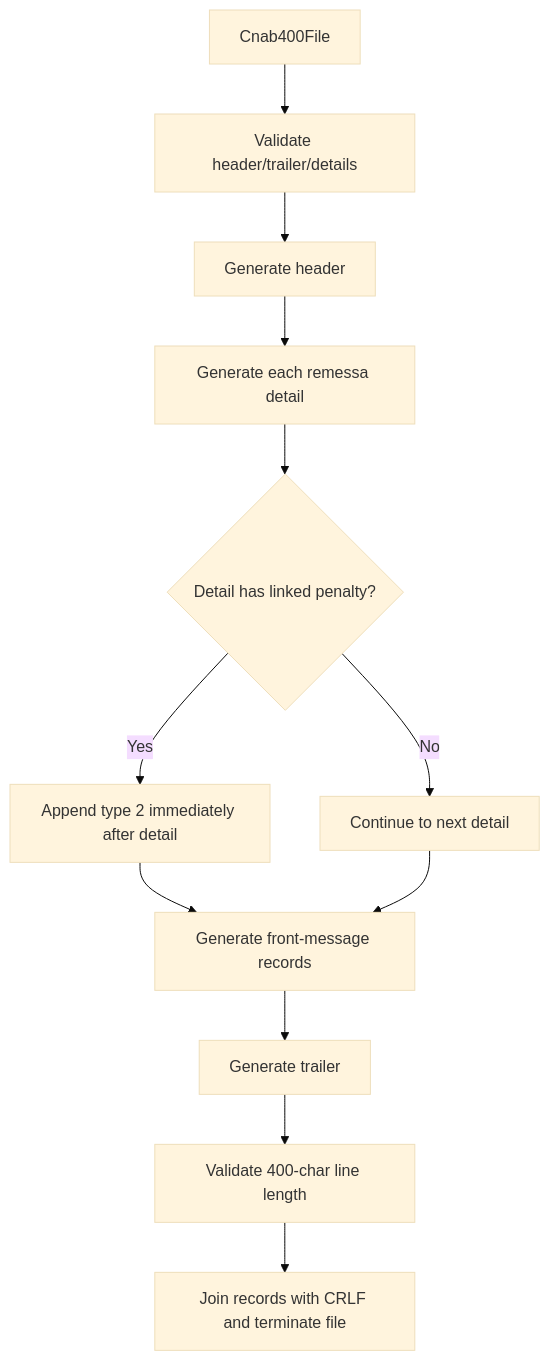
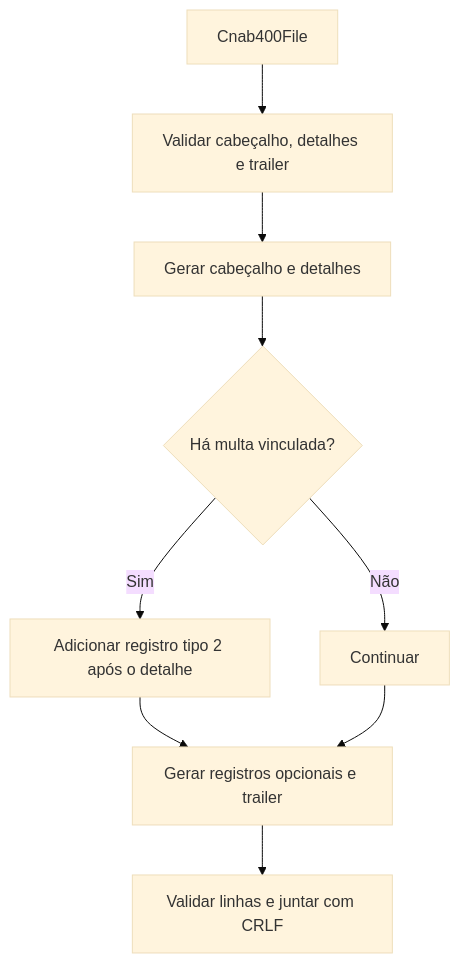
Before and after one commit to linkiez/BoletoSDK: the diagram in src/generators/cnab400/Cnab400Generator.doc.md, drawn with Mermaid (base theme). The commit also changed other lines of this file and 15 other files, not shown here.

Commit message:
fix(cnab400): corrigir layout de remessa itaú

````diff
--- a/src/generators/cnab400/Cnab400Generator.doc.md
+++ b/src/generators/cnab400/Cnab400Generator.doc.md
@@ -29,14 +29,11 @@
 ```mermaid
 flowchart TD
-  A[Cnab400File] --> B[Validate header/trailer/details]
-  B --> C[Generate header]
-  C --> D[Generate each remessa detail]
-  D --> E{Detail has linked penalty?}
-  E -->|Yes| F[Append type 2 immediately after detail]
-  E -->|No| G[Continue to next detail]
-  F --> H[Generate front-message records]
-  G --> H
-  H --> I[Generate trailer]
-  I --> J[Validate 400-char line length]
-  J --> K[Join records with CRLF and terminate file]
+  A[Cnab400File] --> B[Validar cabeçalho, detalhes e trailer]
+  B --> C[Gerar cabeçalho e detalhes]
+  C --> D{Há multa vinculada?}
+  D -->|Sim| E[Adicionar registro tipo 2 após o detalhe]
+  D -->|Não| F[Continuar]
+  E --> G[Gerar registros opcionais e trailer]
+  F --> G
+  G --> H[Validar linhas e juntar com CRLF]
 ```
````
